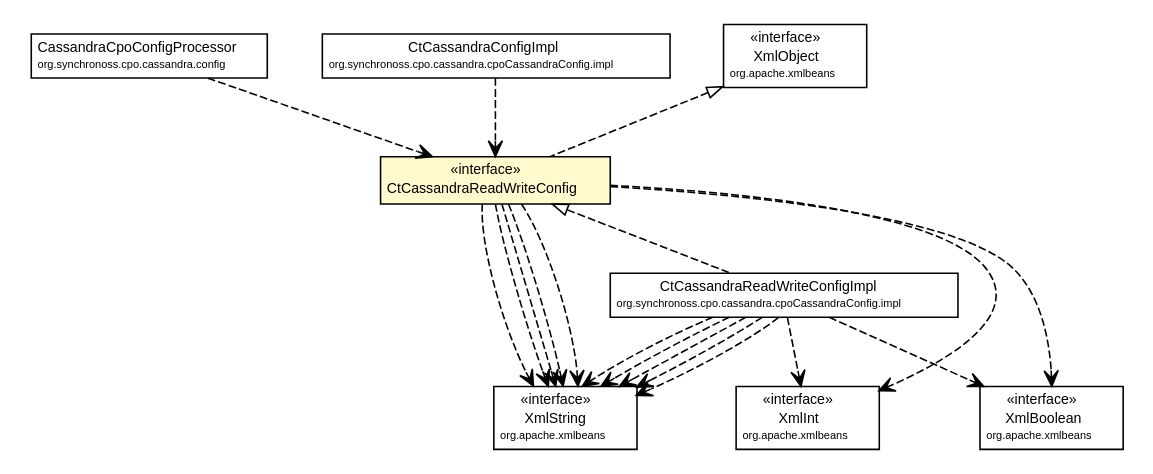
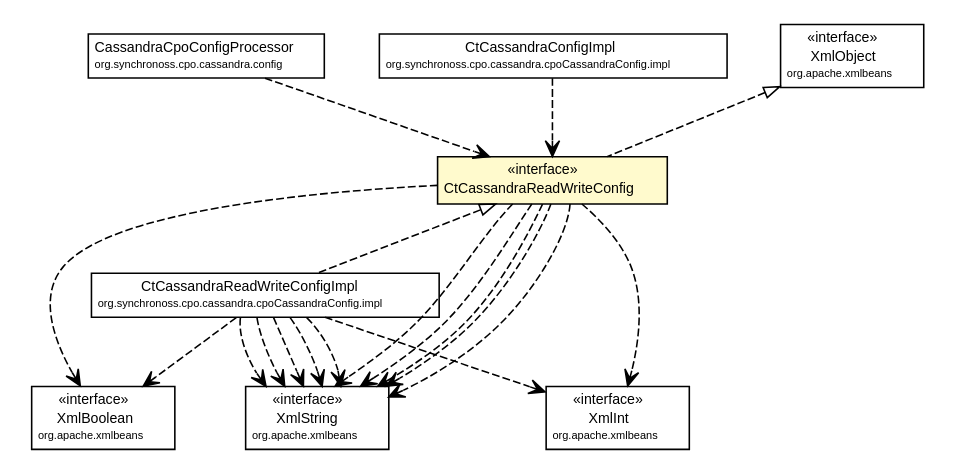
One commit to synchronoss/cpo-api changed the diagram in site/apidocs/org/synchronoss/cpo/cassandra/cpoCassandraConfig/CtCassandraReadWriteConfig.dot. Above: the diagram before and after it, drawn with Graphviz. The commit also changed 877 other files, not shown here.

```diff
--- a/site/apidocs/org/synchronoss/cpo/cassandra/cpoCassandraConfig/CtCassandraReadWriteConfig.dot
+++ b/site/apidocs/org/synchronoss/cpo/cassandra/cpoCassandraConfig/CtCassandraReadWriteConfig.dot
@@ -1,106 +1,106 @@
 #!/usr/local/bin/dot
 #
 # Class diagram 
 # Generated by UmlGraph version 4.6 (http://www.spinellis.gr/sw/umlgraph)
 #
 
 digraph G {
 	edge [fontname="Helvetica",fontsize=10,labelfontname="Helvetica",labelfontsize=10];
 	node [fontname="Helvetica",fontsize=10,shape=plaintext];
 	// org.synchronoss.cpo.cassandra.config.CassandraCpoConfigProcessor
 	c51211 [label=<<table border="0" cellborder="1" cellspacing="0" cellpadding="2" port="p" href="../config/CassandraCpoConfigProcessor.html">
 		<tr><td><table border="0" cellspacing="0" cellpadding="1">
 			<tr><td> CassandraCpoConfigProcessor </td></tr>
 			<tr><td><font point-size="7.0"> org.synchronoss.cpo.cassandra.config </font></td></tr>
 		</table></td></tr>
 		</table>>, fontname="Helvetica", fontcolor="black", fontsize=9.0];
 	// org.synchronoss.cpo.cassandra.cpoCassandraConfig.CtCassandraReadWriteConfig
 	c51230 [label=<<table border="0" cellborder="1" cellspacing="0" cellpadding="2" port="p" bgcolor="lemonChiffon" href="./CtCassandraReadWriteConfig.html">
 		<tr><td><table border="0" cellspacing="0" cellpadding="1">
 			<tr><td> &laquo;interface&raquo; </td></tr>
 			<tr><td> CtCassandraReadWriteConfig </td></tr>
 		</table></td></tr>
 		</table>>, fontname="Helvetica", fontcolor="black", fontsize=9.0];
 	// org.synchronoss.cpo.cassandra.cpoCassandraConfig.impl.CtCassandraReadWriteConfigImpl
 	c51237 [label=<<table border="0" cellborder="1" cellspacing="0" cellpadding="2" port="p" href="./impl/CtCassandraReadWriteConfigImpl.html">
 		<tr><td><table border="0" cellspacing="0" cellpadding="1">
 			<tr><td> CtCassandraReadWriteConfigImpl </td></tr>
 			<tr><td><font point-size="7.0"> org.synchronoss.cpo.cassandra.cpoCassandraConfig.impl </font></td></tr>
 		</table></td></tr>
 		</table>>, fontname="Helvetica", fontcolor="black", fontsize=9.0];
 	// org.synchronoss.cpo.cassandra.cpoCassandraConfig.impl.CtCassandraConfigImpl
 	c51238 [label=<<table border="0" cellborder="1" cellspacing="0" cellpadding="2" port="p" href="./impl/CtCassandraConfigImpl.html">
 		<tr><td><table border="0" cellspacing="0" cellpadding="1">
 			<tr><td> CtCassandraConfigImpl </td></tr>
 			<tr><td><font point-size="7.0"> org.synchronoss.cpo.cassandra.cpoCassandraConfig.impl </font></td></tr>
 		</table></td></tr>
 		</table>>, fontname="Helvetica", fontcolor="black", fontsize=9.0];
 	//org.synchronoss.cpo.cassandra.cpoCassandraConfig.CtCassandraReadWriteConfig implements org.apache.xmlbeans.XmlObject
 	c51244:p -> c51230:p [dir=back,arrowtail=empty,style=dashed];
 	//org.synchronoss.cpo.cassandra.cpoCassandraConfig.impl.CtCassandraReadWriteConfigImpl implements org.synchronoss.cpo.cassandra.cpoCassandraConfig.CtCassandraReadWriteConfig
 	c51230:p -> c51237:p [dir=back,arrowtail=empty,style=dashed];
 	// org.synchronoss.cpo.cassandra.config.CassandraCpoConfigProcessor DEPEND org.synchronoss.cpo.cassandra.cpoCassandraConfig.CtCassandraReadWriteConfig
 	c51211:p -> c51230:p [taillabel="", label="", headlabel="", fontname="Helvetica", fontcolor="black", fontsize=10.0, color="black", arrowhead=open, style=dashed];
-	// org.synchronoss.cpo.cassandra.cpoCassandraConfig.CtCassandraReadWriteConfig DEPEND org.apache.xmlbeans.XmlString
+	// org.synchronoss.cpo.cassandra.cpoCassandraConfig.CtCassandraReadWriteConfig DEPEND org.apache.xmlbeans.XmlBoolean
 	c51230:p -> c51245:p [taillabel="", label="", headlabel="", fontname="Helvetica", fontcolor="black", fontsize=10.0, color="black", arrowhead=open, style=dashed];
 	// org.synchronoss.cpo.cassandra.cpoCassandraConfig.CtCassandraReadWriteConfig DEPEND org.apache.xmlbeans.XmlString
-	c51230:p -> c51245:p [taillabel="", label="", headlabel="", fontname="Helvetica", fontcolor="black", fontsize=10.0, color="black", arrowhead=open, style=dashed];
-	// org.synchronoss.cpo.cassandra.cpoCassandraConfig.CtCassandraReadWriteConfig DEPEND org.apache.xmlbeans.XmlInt
 	c51230:p -> c51246:p [taillabel="", label="", headlabel="", fontname="Helvetica", fontcolor="black", fontsize=10.0, color="black", arrowhead=open, style=dashed];
 	// org.synchronoss.cpo.cassandra.cpoCassandraConfig.CtCassandraReadWriteConfig DEPEND org.apache.xmlbeans.XmlString
-	c51230:p -> c51245:p [taillabel="", label="", headlabel="", fontname="Helvetica", fontcolor="black", fontsize=10.0, color="black", arrowhead=open, style=dashed];
-	// org.synchronoss.cpo.cassandra.cpoCassandraConfig.CtCassandraReadWriteConfig DEPEND org.apache.xmlbeans.XmlBoolean
+	c51230:p -> c51246:p [taillabel="", label="", headlabel="", fontname="Helvetica", fontcolor="black", fontsize=10.0, color="black", arrowhead=open, style=dashed];
+	// org.synchronoss.cpo.cassandra.cpoCassandraConfig.CtCassandraReadWriteConfig DEPEND org.apache.xmlbeans.XmlString
+	c51230:p -> c51246:p [taillabel="", label="", headlabel="", fontname="Helvetica", fontcolor="black", fontsize=10.0, color="black", arrowhead=open, style=dashed];
+	// org.synchronoss.cpo.cassandra.cpoCassandraConfig.CtCassandraReadWriteConfig DEPEND org.apache.xmlbeans.XmlString
+	c51230:p -> c51246:p [taillabel="", label="", headlabel="", fontname="Helvetica", fontcolor="black", fontsize=10.0, color="black", arrowhead=open, style=dashed];
+	// org.synchronoss.cpo.cassandra.cpoCassandraConfig.CtCassandraReadWriteConfig DEPEND org.apache.xmlbeans.XmlString
+	c51230:p -> c51246:p [taillabel="", label="", headlabel="", fontname="Helvetica", fontcolor="black", fontsize=10.0, color="black", arrowhead=open, style=dashed];
+	// org.synchronoss.cpo.cassandra.cpoCassandraConfig.CtCassandraReadWriteConfig DEPEND org.apache.xmlbeans.XmlInt
 	c51230:p -> c51247:p [taillabel="", label="", headlabel="", fontname="Helvetica", fontcolor="black", fontsize=10.0, color="black", arrowhead=open, style=dashed];
-	// org.synchronoss.cpo.cassandra.cpoCassandraConfig.CtCassandraReadWriteConfig DEPEND org.apache.xmlbeans.XmlString
-	c51230:p -> c51245:p [taillabel="", label="", headlabel="", fontname="Helvetica", fontcolor="black", fontsize=10.0, color="black", arrowhead=open, style=dashed];
-	// org.synchronoss.cpo.cassandra.cpoCassandraConfig.CtCassandraReadWriteConfig DEPEND org.apache.xmlbeans.XmlString
-	c51230:p -> c51245:p [taillabel="", label="", headlabel="", fontname="Helvetica", fontcolor="black", fontsize=10.0, color="black", arrowhead=open, style=dashed];
-	// org.synchronoss.cpo.cassandra.cpoCassandraConfig.impl.CtCassandraReadWriteConfigImpl DEPEND org.apache.xmlbeans.XmlString
+	// org.synchronoss.cpo.cassandra.cpoCassandraConfig.impl.CtCassandraReadWriteConfigImpl DEPEND org.apache.xmlbeans.XmlBoolean
 	c51237:p -> c51245:p [taillabel="", label="", headlabel="", fontname="Helvetica", fontcolor="black", fontsize=10.0, color="black", arrowhead=open, style=dashed];
 	// org.synchronoss.cpo.cassandra.cpoCassandraConfig.impl.CtCassandraReadWriteConfigImpl DEPEND org.apache.xmlbeans.XmlString
-	c51237:p -> c51245:p [taillabel="", label="", headlabel="", fontname="Helvetica", fontcolor="black", fontsize=10.0, color="black", arrowhead=open, style=dashed];
-	// org.synchronoss.cpo.cassandra.cpoCassandraConfig.impl.CtCassandraReadWriteConfigImpl DEPEND org.apache.xmlbeans.XmlString
-	c51237:p -> c51245:p [taillabel="", label="", headlabel="", fontname="Helvetica", fontcolor="black", fontsize=10.0, color="black", arrowhead=open, style=dashed];
-	// org.synchronoss.cpo.cassandra.cpoCassandraConfig.impl.CtCassandraReadWriteConfigImpl DEPEND org.apache.xmlbeans.XmlInt
 	c51237:p -> c51246:p [taillabel="", label="", headlabel="", fontname="Helvetica", fontcolor="black", fontsize=10.0, color="black", arrowhead=open, style=dashed];
 	// org.synchronoss.cpo.cassandra.cpoCassandraConfig.impl.CtCassandraReadWriteConfigImpl DEPEND org.apache.xmlbeans.XmlString
-	c51237:p -> c51245:p [taillabel="", label="", headlabel="", fontname="Helvetica", fontcolor="black", fontsize=10.0, color="black", arrowhead=open, style=dashed];
-	// org.synchronoss.cpo.cassandra.cpoCassandraConfig.impl.CtCassandraReadWriteConfigImpl DEPEND org.apache.xmlbeans.XmlBoolean
+	c51237:p -> c51246:p [taillabel="", label="", headlabel="", fontname="Helvetica", fontcolor="black", fontsize=10.0, color="black", arrowhead=open, style=dashed];
+	// org.synchronoss.cpo.cassandra.cpoCassandraConfig.impl.CtCassandraReadWriteConfigImpl DEPEND org.apache.xmlbeans.XmlString
+	c51237:p -> c51246:p [taillabel="", label="", headlabel="", fontname="Helvetica", fontcolor="black", fontsize=10.0, color="black", arrowhead=open, style=dashed];
+	// org.synchronoss.cpo.cassandra.cpoCassandraConfig.impl.CtCassandraReadWriteConfigImpl DEPEND org.apache.xmlbeans.XmlString
+	c51237:p -> c51246:p [taillabel="", label="", headlabel="", fontname="Helvetica", fontcolor="black", fontsize=10.0, color="black", arrowhead=open, style=dashed];
+	// org.synchronoss.cpo.cassandra.cpoCassandraConfig.impl.CtCassandraReadWriteConfigImpl DEPEND org.apache.xmlbeans.XmlString
+	c51237:p -> c51246:p [taillabel="", label="", headlabel="", fontname="Helvetica", fontcolor="black", fontsize=10.0, color="black", arrowhead=open, style=dashed];
+	// org.synchronoss.cpo.cassandra.cpoCassandraConfig.impl.CtCassandraReadWriteConfigImpl DEPEND org.apache.xmlbeans.XmlInt
 	c51237:p -> c51247:p [taillabel="", label="", headlabel="", fontname="Helvetica", fontcolor="black", fontsize=10.0, color="black", arrowhead=open, style=dashed];
-	// org.synchronoss.cpo.cassandra.cpoCassandraConfig.impl.CtCassandraReadWriteConfigImpl DEPEND org.apache.xmlbeans.XmlString
-	c51237:p -> c51245:p [taillabel="", label="", headlabel="", fontname="Helvetica", fontcolor="black", fontsize=10.0, color="black", arrowhead=open, style=dashed];
 	// org.synchronoss.cpo.cassandra.cpoCassandraConfig.impl.CtCassandraConfigImpl DEPEND org.synchronoss.cpo.cassandra.cpoCassandraConfig.CtCassandraReadWriteConfig
 	c51238:p -> c51230:p [taillabel="", label="", headlabel="", fontname="Helvetica", fontcolor="black", fontsize=10.0, color="black", arrowhead=open, style=dashed];
 	// org.apache.xmlbeans.XmlObject
 	c51244 [label=<<table border="0" cellborder="1" cellspacing="0" cellpadding="2" port="p" href="http://java.sun.com/j2se/1.4.2/docs/api/org/apache/xmlbeans/XmlObject.html">
 		<tr><td><table border="0" cellspacing="0" cellpadding="1">
 			<tr><td> &laquo;interface&raquo; </td></tr>
 			<tr><td> XmlObject </td></tr>
 			<tr><td><font point-size="7.0"> org.apache.xmlbeans </font></td></tr>
 		</table></td></tr>
 		</table>>, fontname="Helvetica", fontcolor="black", fontsize=9.0];
 	// org.apache.xmlbeans.XmlInt
-	c51246 [label=<<table border="0" cellborder="1" cellspacing="0" cellpadding="2" port="p" href="http://java.sun.com/j2se/1.4.2/docs/api/org/apache/xmlbeans/XmlInt.html">
+	c51247 [label=<<table border="0" cellborder="1" cellspacing="0" cellpadding="2" port="p" href="http://java.sun.com/j2se/1.4.2/docs/api/org/apache/xmlbeans/XmlInt.html">
 		<tr><td><table border="0" cellspacing="0" cellpadding="1">
 			<tr><td> &laquo;interface&raquo; </td></tr>
 			<tr><td> XmlInt </td></tr>
 			<tr><td><font point-size="7.0"> org.apache.xmlbeans </font></td></tr>
 		</table></td></tr>
 		</table>>, fontname="Helvetica", fontcolor="black", fontsize=9.0];
 	// org.apache.xmlbeans.XmlString
-	c51245 [label=<<table border="0" cellborder="1" cellspacing="0" cellpadding="2" port="p" href="http://java.sun.com/j2se/1.4.2/docs/api/org/apache/xmlbeans/XmlString.html">
+	c51246 [label=<<table border="0" cellborder="1" cellspacing="0" cellpadding="2" port="p" href="http://java.sun.com/j2se/1.4.2/docs/api/org/apache/xmlbeans/XmlString.html">
 		<tr><td><table border="0" cellspacing="0" cellpadding="1">
 			<tr><td> &laquo;interface&raquo; </td></tr>
 			<tr><td> XmlString </td></tr>
 			<tr><td><font point-size="7.0"> org.apache.xmlbeans </font></td></tr>
 		</table></td></tr>
 		</table>>, fontname="Helvetica", fontcolor="black", fontsize=9.0];
 	// org.apache.xmlbeans.XmlBoolean
-	c51247 [label=<<table border="0" cellborder="1" cellspacing="0" cellpadding="2" port="p" href="http://java.sun.com/j2se/1.4.2/docs/api/org/apache/xmlbeans/XmlBoolean.html">
+	c51245 [label=<<table border="0" cellborder="1" cellspacing="0" cellpadding="2" port="p" href="http://java.sun.com/j2se/1.4.2/docs/api/org/apache/xmlbeans/XmlBoolean.html">
 		<tr><td><table border="0" cellspacing="0" cellpadding="1">
 			<tr><td> &laquo;interface&raquo; </td></tr>
 			<tr><td> XmlBoolean </td></tr>
 			<tr><td><font point-size="7.0"> org.apache.xmlbeans </font></td></tr>
 		</table></td></tr>
 		</table>>, fontname="Helvetica", fontcolor="black", fontsize=9.0];
 }
```
